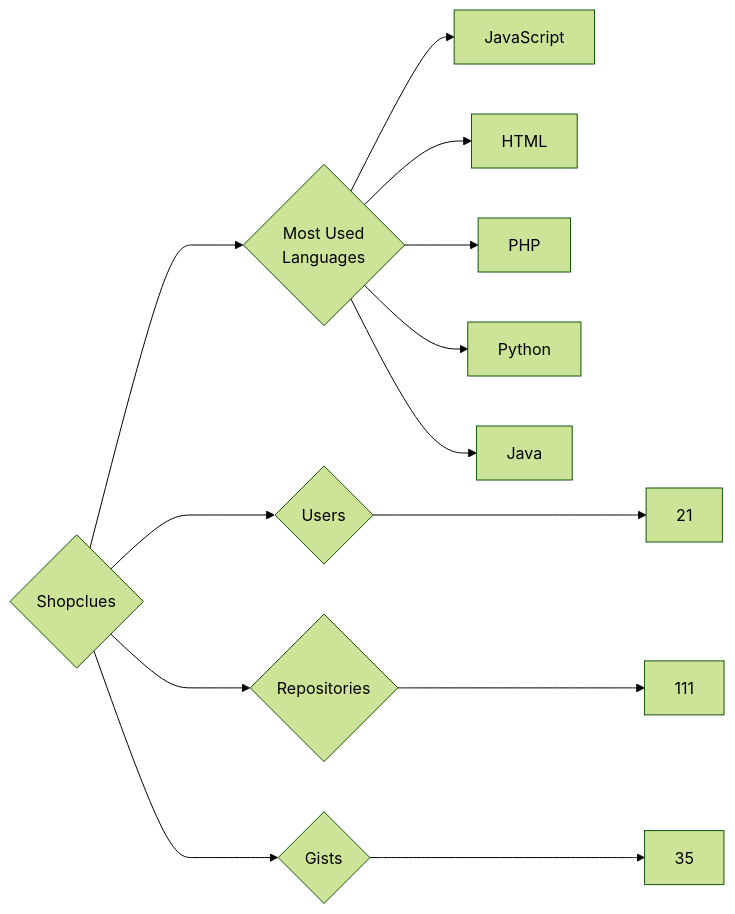
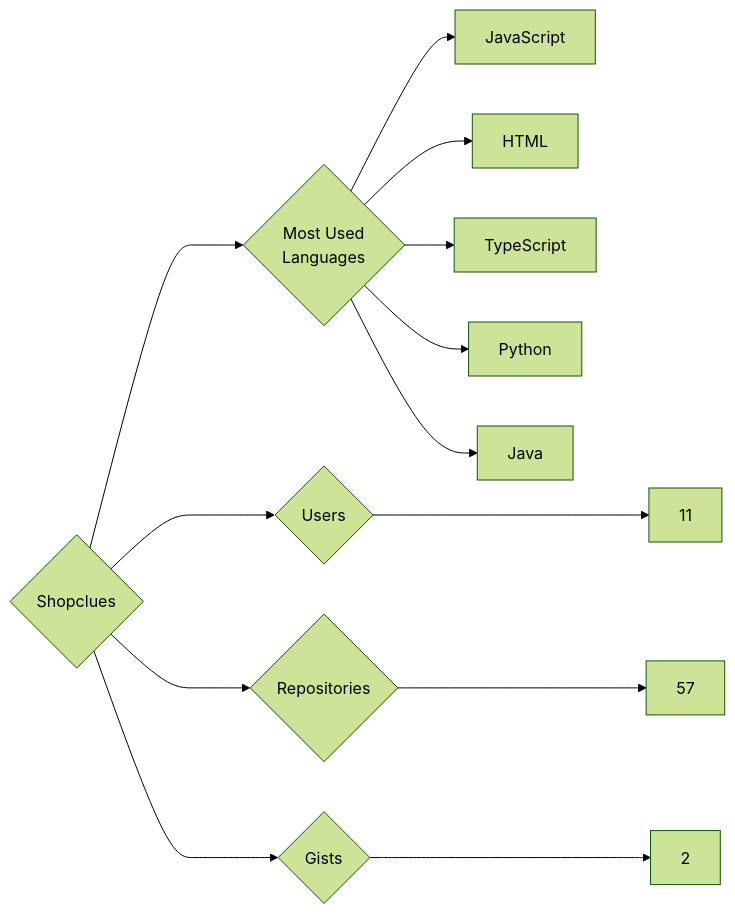
Before and after one commit to trickest/insiders: the diagram in targets/Shopclues/README.md, drawn with Mermaid (forest theme). The commit also changed 1011 other files, not shown here.

````diff
--- a/targets/Shopclues/README.md
+++ b/targets/Shopclues/README.md
@@ -3,13 +3,13 @@
 ```mermaid
 graph LR
 COMPANY_NAME{Shopclues}
-COMPANY_NAME ---> U{Users} ---> UN[21]
-COMPANY_NAME ---> R{Repositories} ---> RN[111]
-COMPANY_NAME ---> G{Gists} ---> GN[35]
+COMPANY_NAME ---> U{Users} ---> UN[11]
+COMPANY_NAME ---> R{Repositories} ---> RN[57]
+COMPANY_NAME ---> G{Gists} ---> GN[2]
 COMPANY_NAME ---> ML{Most Used<br>Languages}
 ML --> JavaScript[JavaScript]
 ML --> HTML[HTML]
-ML --> PHP[PHP]
+ML --> TypeScript[TypeScript]
 ML --> Python[Python]
 ML --> Java[Java]
 ```
````
